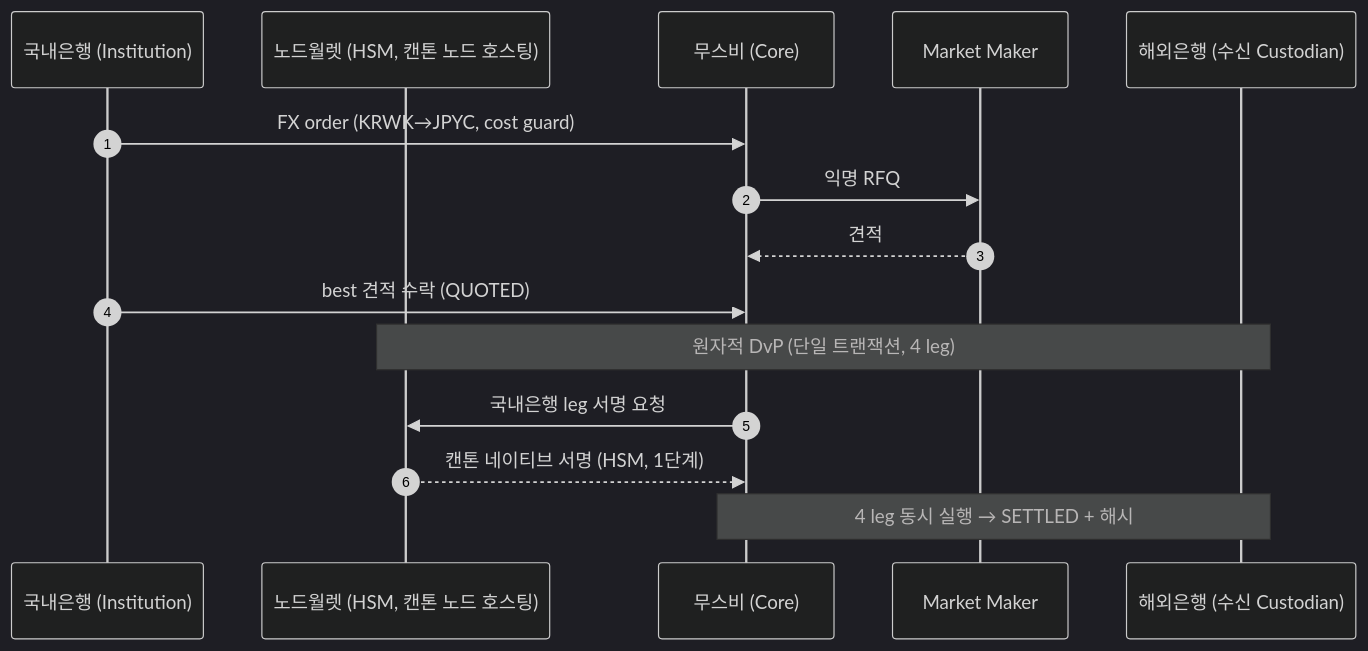
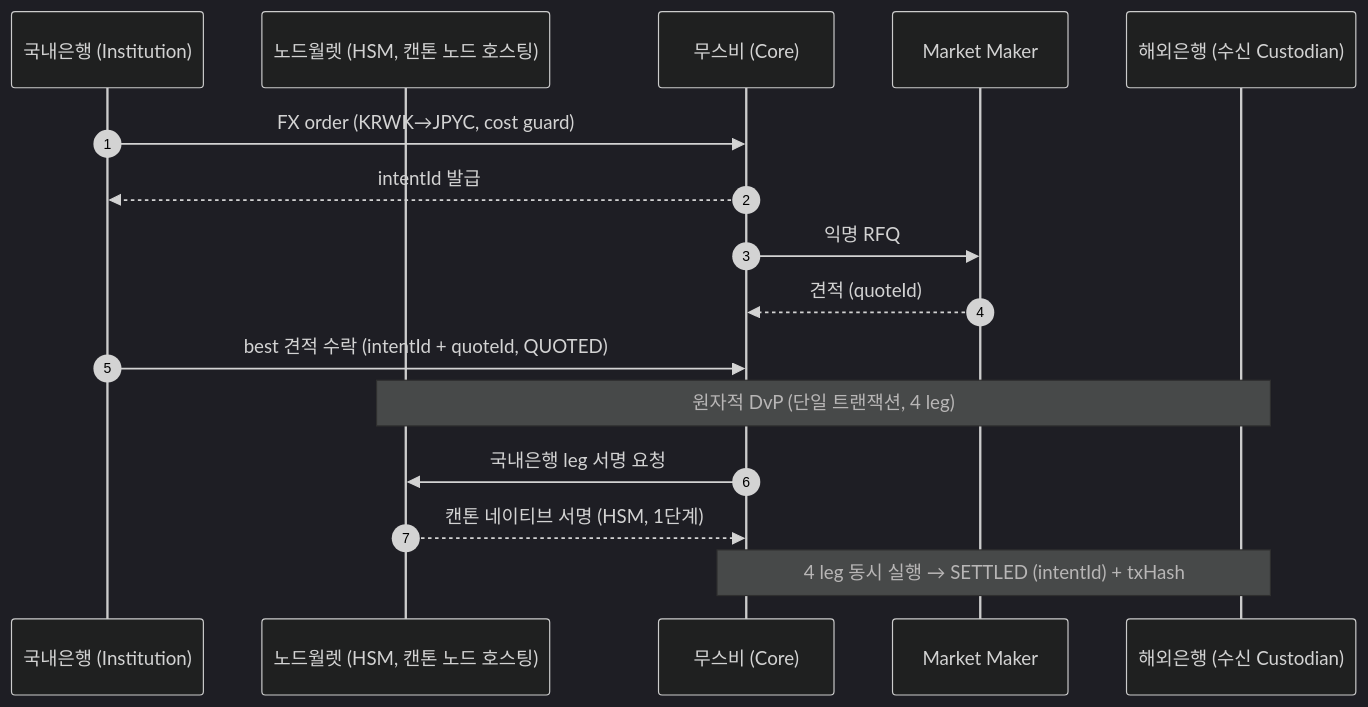
One commit to eunsujeo/canton-docs changed the first of 2 diagrams in dev/docs/poc/wallet-comparison.md. Above: the diagram before and after it, drawn with Mermaid (dark theme). The commit also changed other lines of this file and 3 other files, not shown here.

First line of the commit message:
docs(poc): 시퀀스·필드에 식별자 추가(intentId·quoteId·txHash)

````diff
--- a/dev/docs/poc/wallet-comparison.md
+++ b/dev/docs/poc/wallet-comparison.md
@@ -33,17 +33,18 @@
 ```mermaid
 sequenceDiagram
     autonumber
     participant I as 국내은행 (Institution)
     participant W as 노드월렛 (HSM, 캔톤 노드 호스팅)
     participant V as 무스비 (Core)
     participant MM as Market Maker
     participant RC as 해외은행 (수신 Custodian)
     I->>V: FX order (KRWK→JPYC, cost guard)
+    V-->>I: intentId 발급
     V->>MM: 익명 RFQ
-    MM-->>V: 견적
-    I->>V: best 견적 수락 (QUOTED)
+    MM-->>V: 견적 (quoteId)
+    I->>V: best 견적 수락 (intentId + quoteId, QUOTED)
     Note over W,RC: 원자적 DvP (단일 트랜잭션, 4 leg)
     V->>W: 국내은행 leg 서명 요청
     W-->>V: 캔톤 네이티브 서명 (HSM, 1단계)
-    Note over V,RC: 4 leg 동시 실행 → SETTLED + 해시
+    Note over V,RC: 4 leg 동시 실행 → SETTLED (intentId) + txHash
 ```
````
